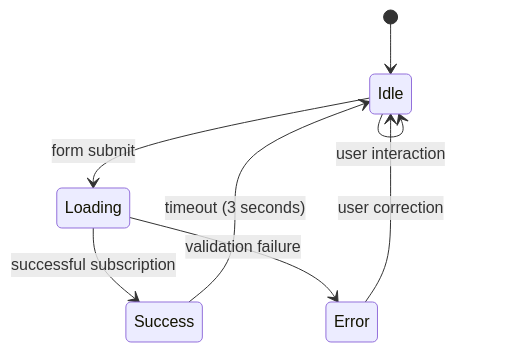
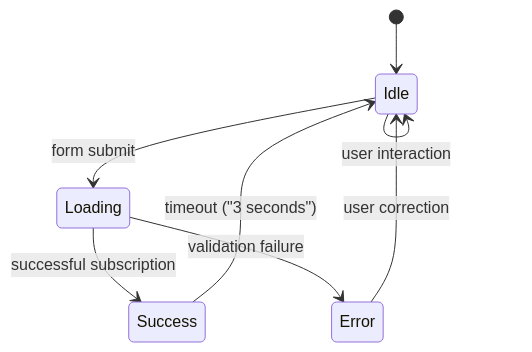
One commit to rohitkumarnaidu/ScholarFormAI changed the third of 6 diagrams in docs/docs/knowledge/Backend Development/Newsletter Subscription System.md. Above: the diagram before and after it, drawn with Mermaid. The commit also changed other lines of this file and 611 other files, not shown here.

````diff
--- a/docs/docs/knowledge/Backend Development/Newsletter Subscription System.md
+++ b/docs/docs/knowledge/Backend Development/Newsletter Subscription System.md
@@ -114,10 +114,10 @@
 ```mermaid
 stateDiagram-v2
 [*] --> Idle
 Idle --> Loading : form submit
 Loading --> Success : successful subscription
 Loading --> Error : validation failure
-Success --> Idle : timeout (3 seconds)
+Success --> Idle : timeout ("3 seconds")
 Error --> Idle : user correction
 Idle --> Idle : user interaction
 ```
````
